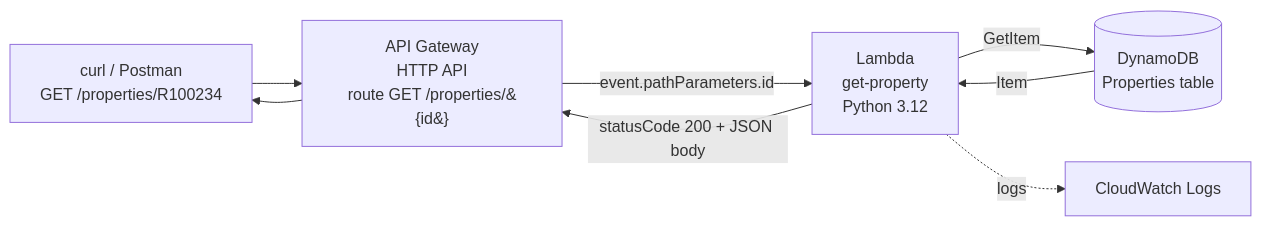
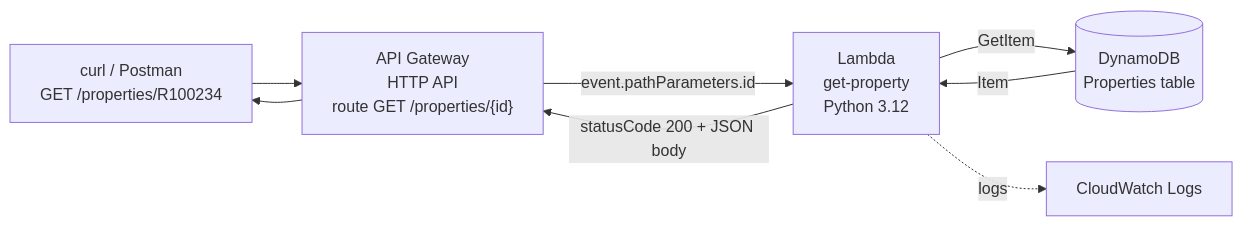
Before and after one commit to aksh-m07/aws-cloud-engineer-journey: the diagram in Week 7/README.md, drawn with Mermaid. The commit also changed other lines of this file, not shown here.

First line of the commit message:
Revise README for serverless and event-driven updates

````diff
--- a/Week 7/README.md
+++ b/Week 7/README.md
@@ -9,10 +9,10 @@
 ```mermaid
 flowchart LR
-    A[curl / Postman<br/>GET /properties/R100234] --> B[API Gateway<br/>HTTP API<br/>route GET /properties/&#123;id&#125;]
-    B -->|event.pathParameters.id| C[Lambda<br/>get-property<br/>Python 3.12]
-    C -->|GetItem| D[(DynamoDB<br/>Properties table)]
-    D -->|Item| C
-    C -->|statusCode 200 + JSON body| B
+    A["curl / Postman<br/>GET /properties/R100234"] --> B["API Gateway<br/>HTTP API<br/>route GET /properties/{id}"]
+    B -->|"event.pathParameters.id"| C["Lambda<br/>get-property<br/>Python 3.12"]
+    C -->|"GetItem"| D[("DynamoDB<br/>Properties table")]
+    D -->|"Item"| C
+    C -->|"statusCode 200 + JSON body"| B
     B --> A
-    C -.->|logs| E[CloudWatch Logs]
+    C -.->|"logs"| E["CloudWatch Logs"]
 ```
````
